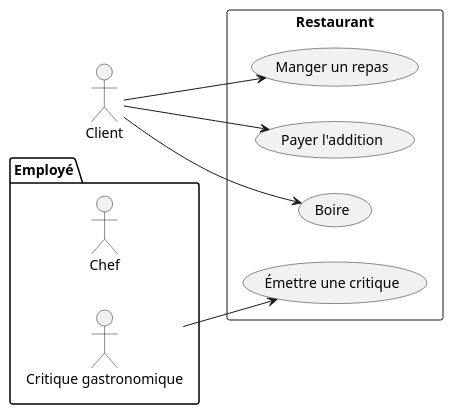
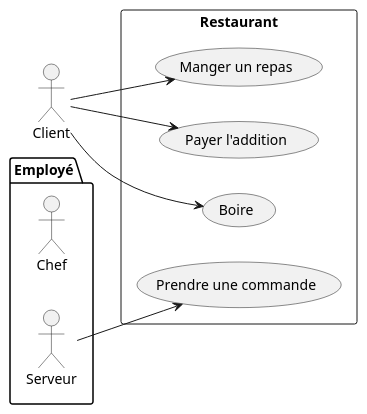
The diagram in plant_uml/restoExemple.plantuml (gigl-uml/Guide_uml_polymtl), drawn with PlantUML before and after one commit. The commit also changed 1 other file, not shown here.

Commit message:
changement rôle diagramme cas d'utilisation

```diff
--- a/plant_uml/restoExemple.plantuml
+++ b/plant_uml/restoExemple.plantuml
@@ -1,19 +1,19 @@
 @startuml
 left to right direction
 skinparam backgroundcolor transparent
 actor Client as g
 Package Employé {
   actor Chef as c
-  actor "Critique gastronomique" as fc
+  actor "Serveur" as fc
 }
 Rectangle Restaurant {
   usecase "Manger un repas" as UC1
   usecase "Payer l'addition" as UC2
   usecase "Boire" as UC3
-  usecase "Émettre une critique" as UC4
+  usecase "Prendre une commande" as UC4
 }
 fc --> UC4
 g --> UC1
 g --> UC2
 g --> UC3
 @enduml
```
